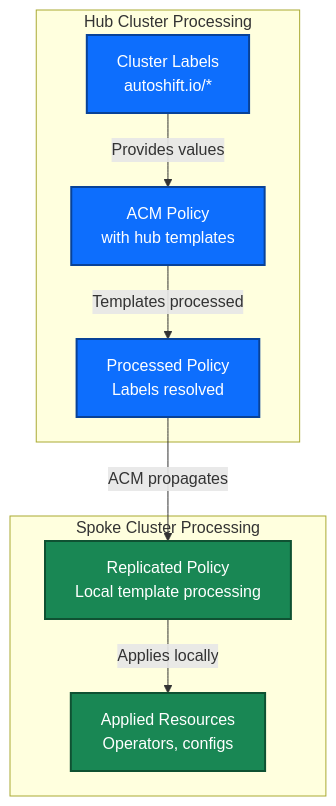
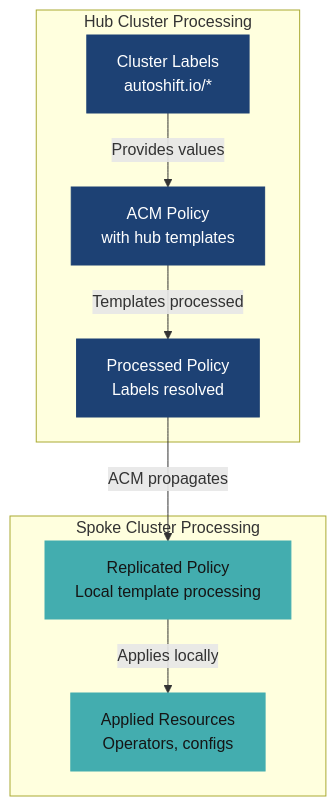
The second of 4 diagrams in docs/developer-guide.md (auto-shift/autoshiftv2), drawn with Mermaid before and after one commit. The commit also changed other lines of this file and 39 other files, not shown here.

````diff
--- a/docs/developer-guide.md
+++ b/docs/developer-guide.md
@@ -68,24 +64,24 @@
 ```mermaid
 flowchart TD
     subgraph Hub [Hub Cluster Processing]
         HubPolicy[ACM Policy<br/>with hub templates]
         Labels[Cluster Labels<br/>autoshift.io/*]
         Processed[Processed Policy<br/>Labels resolved]
     end
 
     subgraph Spoke [Spoke Cluster Processing]
         SpokePolicy[Replicated Policy<br/>Local template processing]
         Resources[Applied Resources<br/>Operators, configs]
     end
 
     Labels -->|Provides values| HubPolicy
     HubPolicy -->|Templates processed| Processed
     Processed -->|ACM propagates| SpokePolicy
     SpokePolicy -->|Applies locally| Resources
 
-    classDef hub fill:#0d6efd,stroke:#084298,stroke-width:2px,color:#ffffff
-    classDef spoke fill:#198754,stroke:#0f5132,stroke-width:2px,color:#ffffff
+    classDef hub fill:#1D4174,stroke:#1D4174,color:#ffffff
+    classDef spoke fill:#43ADAF,stroke:#43ADAF,color:#151515
 
     class HubPolicy,Labels,Processed hub
     class SpokePolicy,Resources spoke
 ```
````
